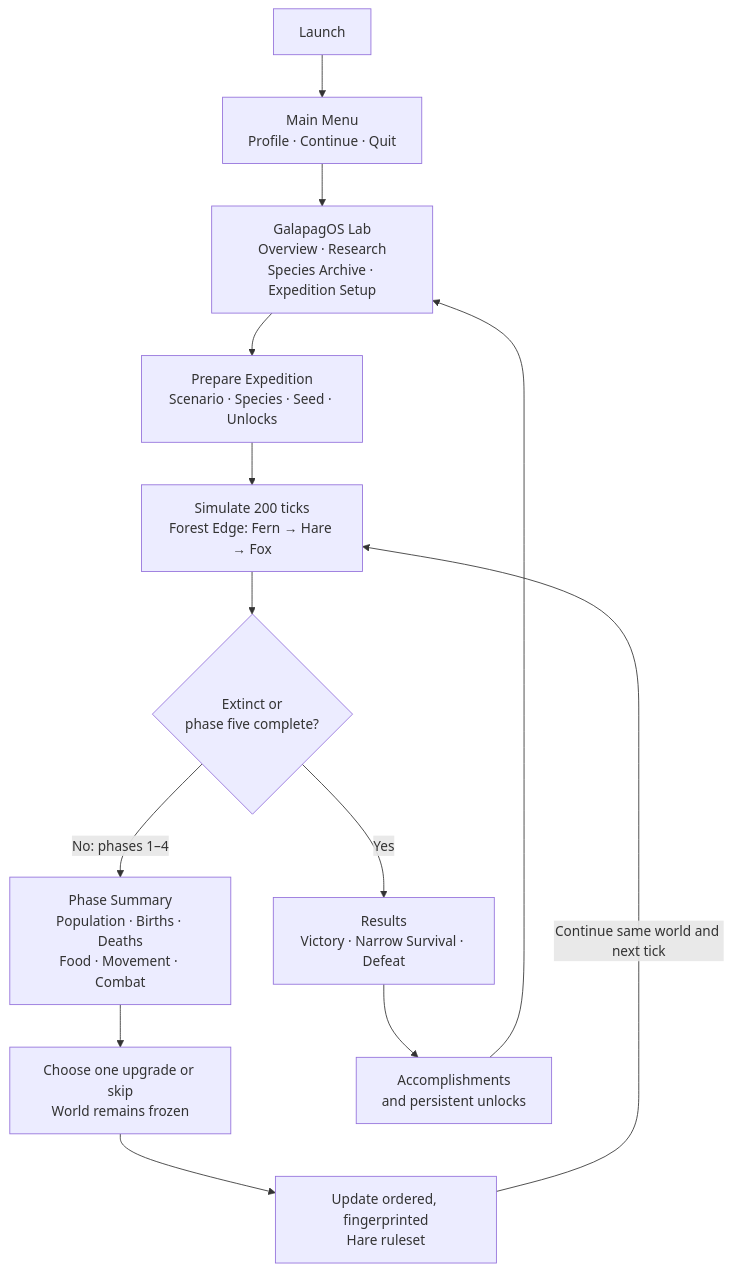
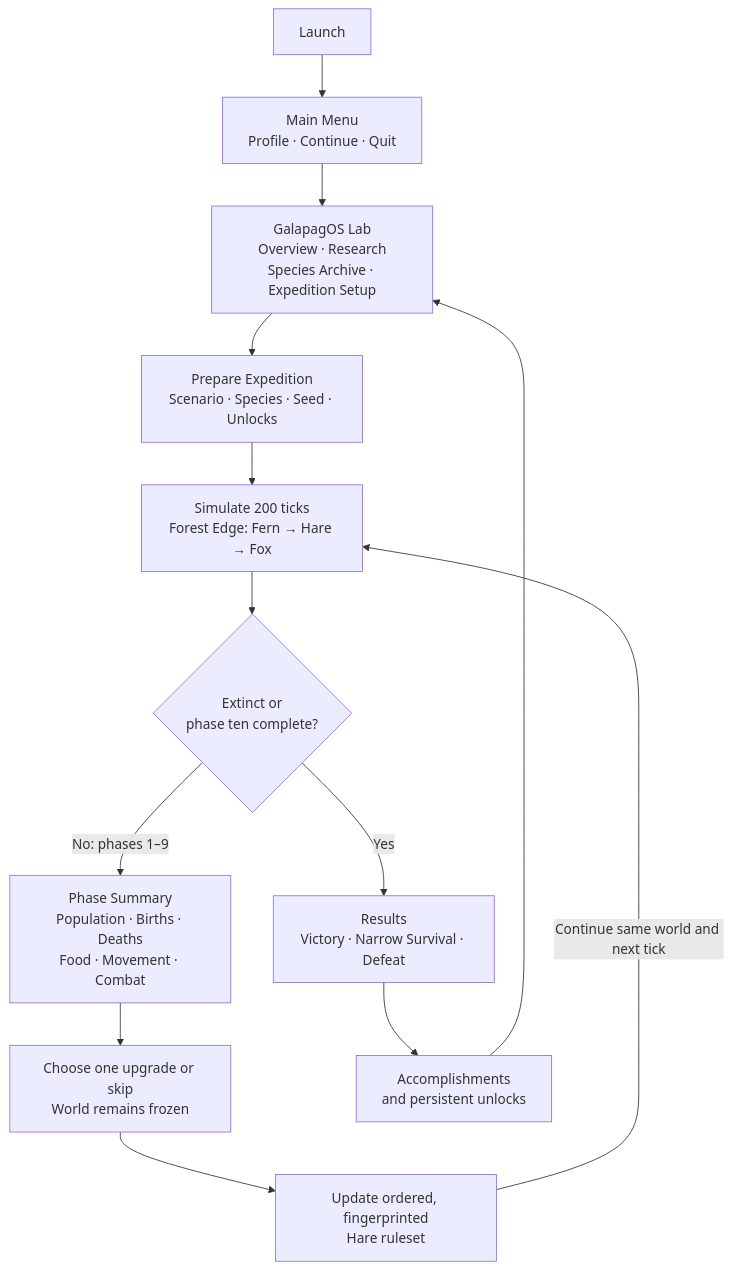
The first of 3 diagrams in LearningIndieDev/docs/Architecture Maps/GAME_ARCHITECTURE_AND_FLOWS.md (Saltylanguage/GameDev), drawn with Mermaid before and after one commit. The commit also changed other lines of this file and 48 other files, not shown here.

Commit message:
Implement ten-phase continuous expedition flow

````diff
--- a/LearningIndieDev/docs/Architecture Maps/GAME_ARCHITECTURE_AND_FLOWS.md
+++ b/LearningIndieDev/docs/Architecture Maps/GAME_ARCHITECTURE_AND_FLOWS.md
@@ -13,23 +13,23 @@
 ```mermaid
 flowchart TB
     START["Launch"]
     MENU["Main Menu<br/>Profile · Continue · Quit"]
     LAB["GalapagOS Lab<br/>Overview · Research<br/>Species Archive · Expedition Setup"]
     SETUP["Prepare Expedition<br/>Scenario · Species · Seed · Unlocks"]
 
     SIM["Simulate 200 ticks<br/>Forest Edge: Fern → Hare → Fox"]
-    END{"Extinct or<br/>phase five complete?"}
+    END{"Extinct or<br/>phase ten complete?"}
     SUMMARY["Phase Summary<br/>Population · Births · Deaths<br/>Food · Movement · Combat"]
     UPGRADE["Choose one upgrade or skip<br/>World remains frozen"]
     RULESET["Update ordered, fingerprinted<br/>Hare ruleset"]
 
     RESULTS["Results<br/>Victory · Narrow Survival · Defeat"]
     REWARD["Accomplishments<br/>and persistent unlocks"]
 
     START --> MENU --> LAB --> SETUP --> SIM
     SIM --> END
 
-    END -->|"No: phases 1–4"| SUMMARY --> UPGRADE --> RULESET
+    END -->|"No: phases 1–9"| SUMMARY --> UPGRADE --> RULESET
     RULESET -->|"Continue same world and next tick"| SIM
     END -->|"Yes"| RESULTS --> REWARD --> LAB
 ```
````
